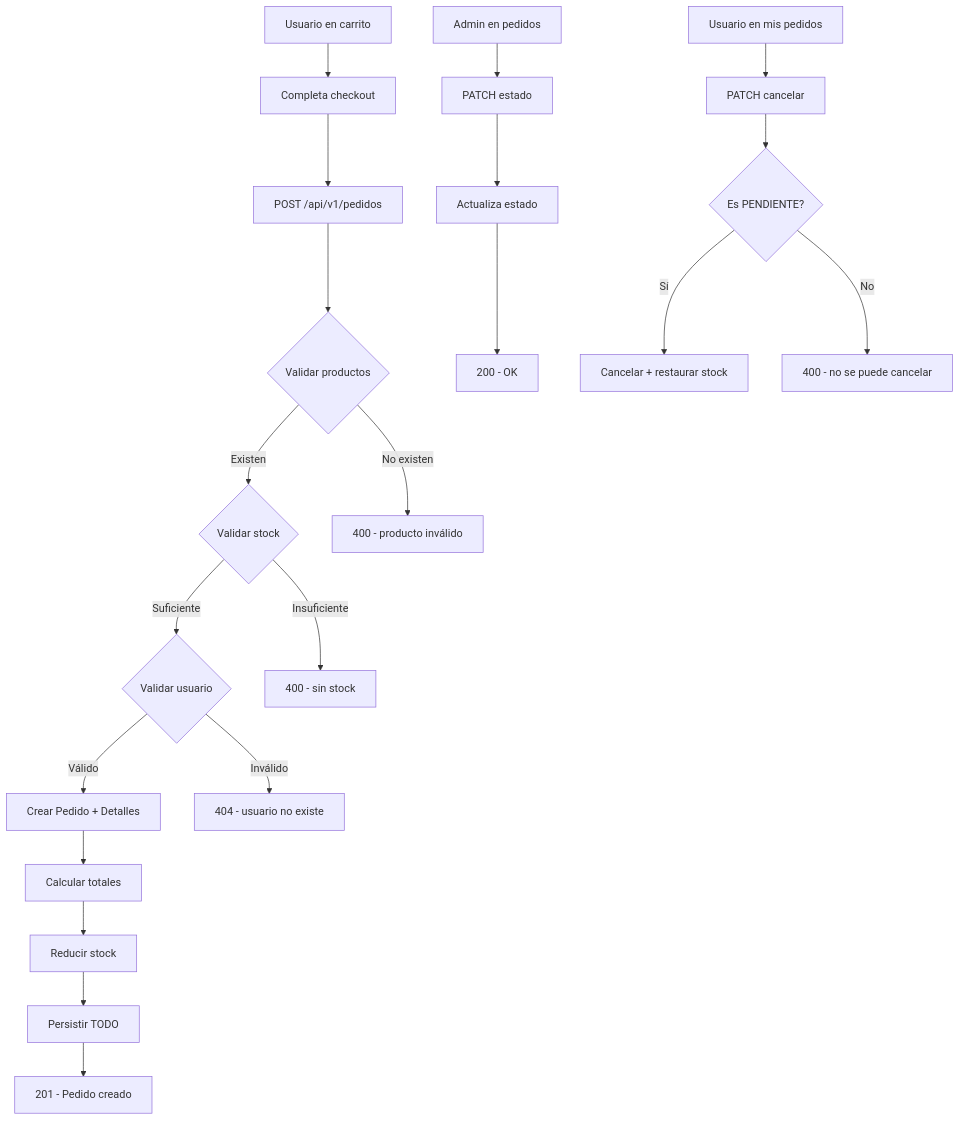
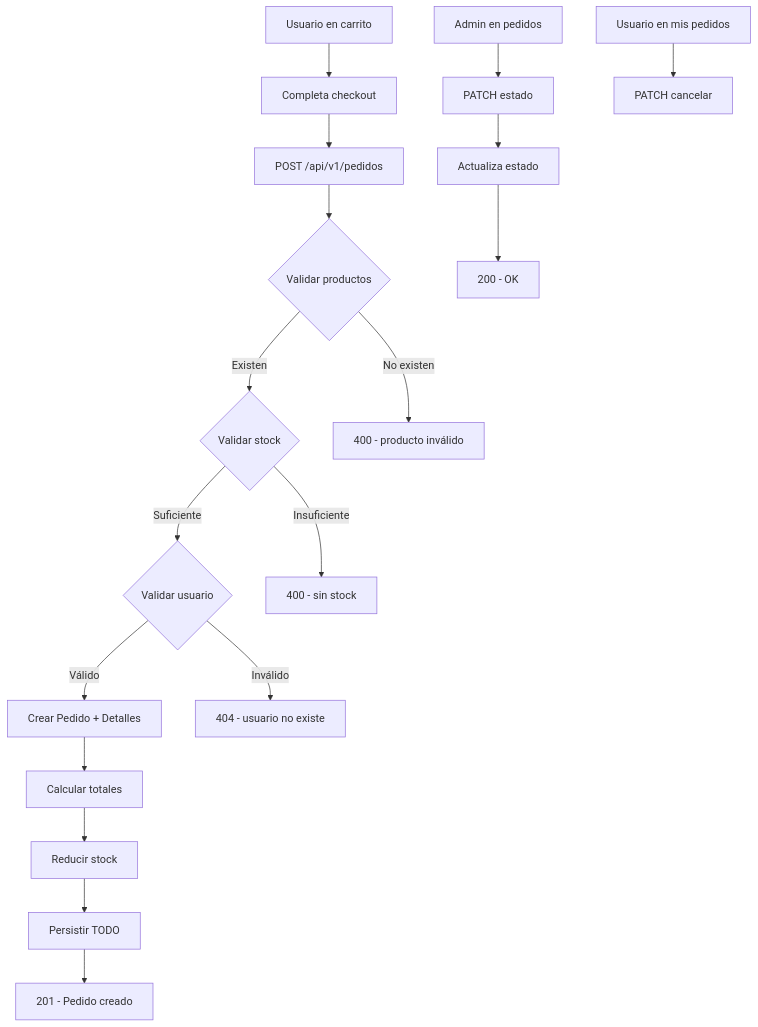
Before and after one commit to 814942/tpi-programacion3: the diagram in docs/prd/back-orders.md, drawn with Mermaid. The commit also changed 9 other files, not shown here.

Commit message:
fix: mermaid parse

````diff
--- a/docs/prd/back-orders.md
+++ b/docs/prd/back-orders.md
@@ -247,25 +247,20 @@
 ```mermaid
 flowchart TD
-    A[Usuario en carrito] --> B[Completa checkout]
-    B --> C[POST /api/v1/pedidos]
-    C --> D{Validar productos}
-    D -->|Existen| E{Validar stock}
-    D -->|No existen| F[400 - producto inválido]
-    E -->|Suficiente| G{Validar usuario}
-    E -->|Insuficiente| H[400 - sin stock]
-    G -->|Válido| I[Crear Pedido + Detalles]
-    I --> J[Calcular totales]
-    J --> K[Reducir stock]
-    K --> L[Persistir TODO]
-    L --> M[201 - Pedido creado]
-    G -->|Inválido| N[404 - usuario no existe]
-    
-    O[Admin en pedidos] --> P[PATCH estado]
-    P --> Q[Actualiza estado]
-    Q --> R[200 - OK]
-    
-    S[Usuario en mis pedidos] --> T[PATCH cancelar]
-    T --> U{Es PENDIENTE?}
-    U -->|Sí| V[Cancelar + restaurar stock]
-    U -->|No| W[400 - no se puede cancelar]
+  A["Usuario en carrito"] --> B["Completa checkout"]
+  B --> C["POST /api/v1/pedidos"]
+  C --> D{"Validar productos"}
+  D -->|"Existen"| E{"Validar stock"}
+  D -->|"No existen"| F["400 - producto inválido"]
+  E -->|"Suficiente"| G{"Validar usuario"}
+  E -->|"Insuficiente"| H["400 - sin stock"]
+  G -->|"Válido"| I["Crear Pedido + Detalles"]
+  I --> J["Calcular totales"]
+  J --> K["Reducir stock"]
+  K --> L["Persistir TODO"]
+  L --> M["201 - Pedido creado"]
+  G -->|"Inválido"| N["404 - usuario no existe"]
+  O["Admin en pedidos"] --> P["PATCH estado"]
+  P --> Q["Actualiza estado"]
+  Q --> R["200 - OK"]
+  S["Usuario en mis pedidos"] --> T["PATCH cancelar"]
 ```
````
